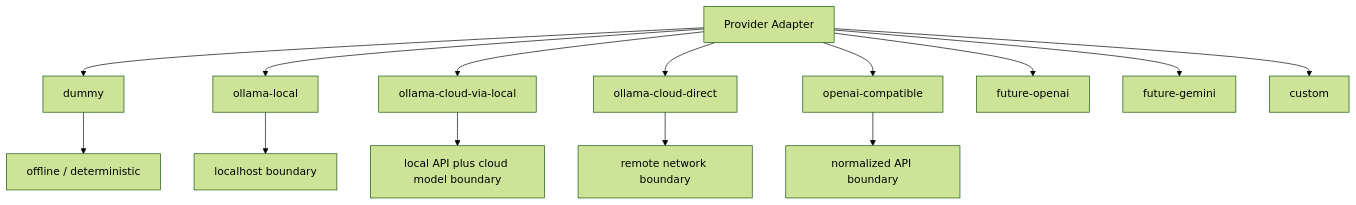
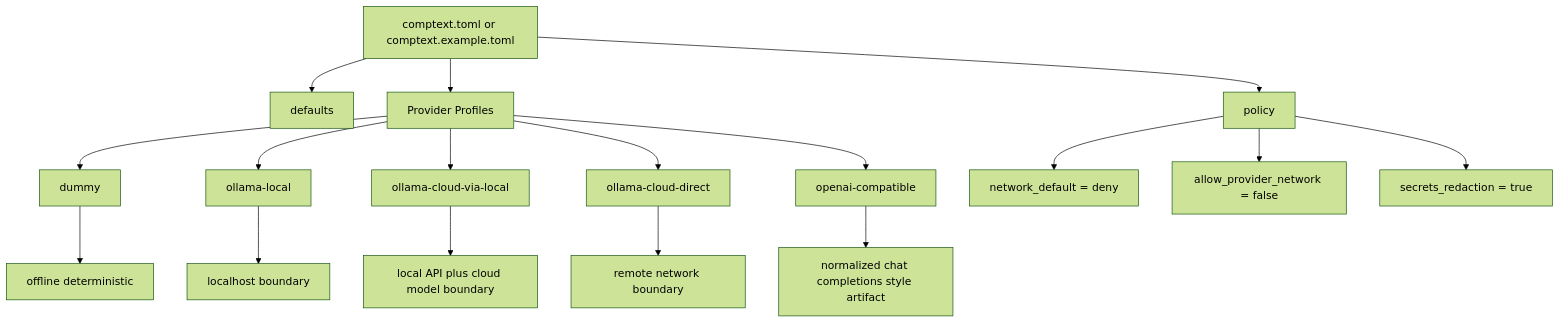
One commit to ProfRandom92/comptext-cli changed the seventh of 11 diagrams in README.md. Above: the diagram before and after it, drawn with Mermaid (forest theme). The commit also changed other lines of this file, not shown here.

````diff
--- a/README.md
+++ b/README.md
@@ -493,17 +465,22 @@
 ```mermaid
 flowchart TD
-    PA[Provider Adapter] --> DU[dummy]
+    CFG[comptext.toml or comptext.example.toml] --> DEF[defaults]
+    CFG --> POL[policy]
+    CFG --> PA[Provider Profiles]
+
+    PA --> DU[dummy]
     PA --> OL[ollama-local]
     PA --> OVL[ollama-cloud-via-local]
     PA --> OCD[ollama-cloud-direct]
     PA --> OAI[openai-compatible]
-    PA --> FO[future-openai]
-    PA --> FG[future-gemini]
-    PA --> CU[custom]
 
-    DU --> OFF[offline / deterministic]
+    DU --> OFF[offline deterministic]
     OL --> LOC[localhost boundary]
     OVL --> MIX[local API plus cloud model boundary]
     OCD --> NET[remote network boundary]
-    OAI --> API[normalized API boundary]
+    OAI --> API[normalized chat completions style artifact]
+
+    POL --> ND[network_default = deny]
+    POL --> AN[allow_provider_network = false]
+    POL --> SR[secrets_redaction = true]
 ```
````
